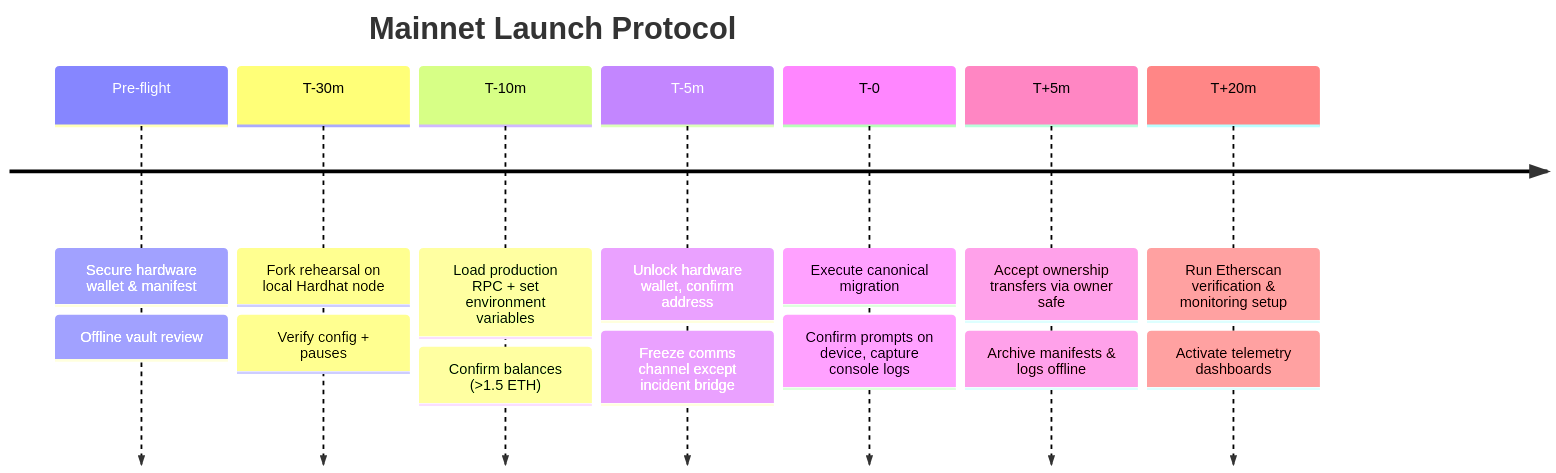
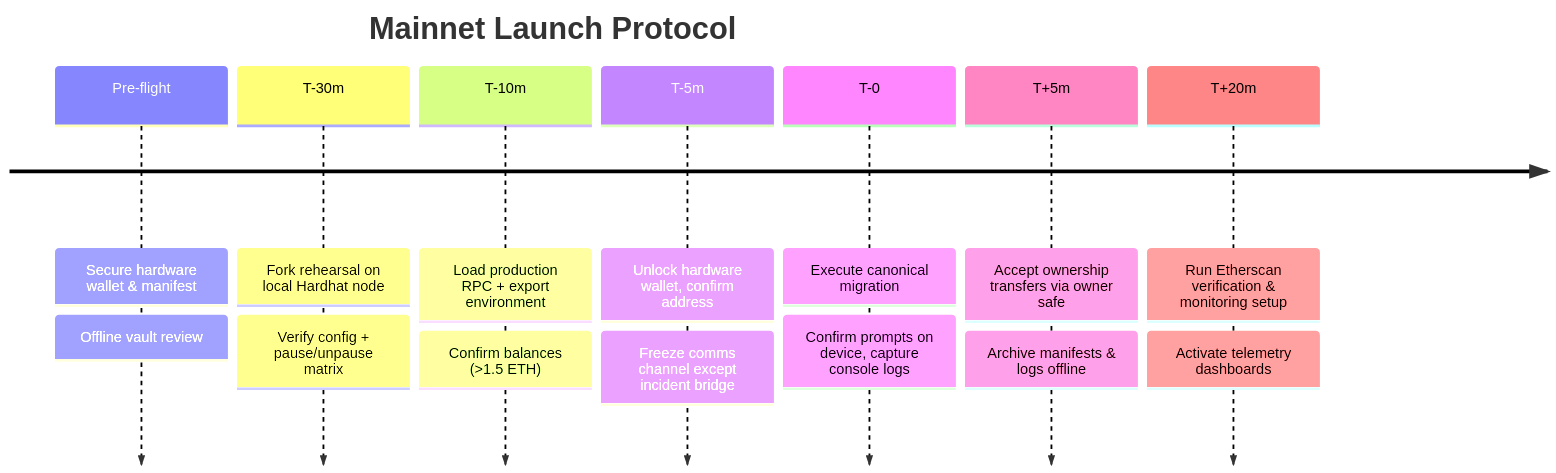
One commit to MontrealAI/agijobs-sovereign-labor-v0p1 changed the fourth of 5 diagrams in hardhat/README.md. Above: the diagram before and after it, drawn with Mermaid. The commit also changed other lines of this file, not shown here.

Commit message:
docs: refresh hardhat command deck

````diff
--- a/hardhat/README.md
+++ b/hardhat/README.md
@@ -234,11 +274,11 @@
 ```mermaid
 timeline
     title Mainnet Launch Protocol
     Pre-flight : Secure hardware wallet & manifest : Offline vault review
-    T-30m : Fork rehearsal on local Hardhat node : Verify config + pauses
-    T-10m : Load production RPC + set environment variables : Confirm balances (>1.5 ETH)
+    T-30m : Fork rehearsal on local Hardhat node : Verify config + pause/unpause matrix
+    T-10m : Load production RPC + export environment : Confirm balances (>1.5 ETH)
     T-5m : Unlock hardware wallet, confirm address : Freeze comms channel except incident bridge
     T-0 : Execute canonical migration : Confirm prompts on device, capture console logs
     T+5m : Accept ownership transfers via owner safe : Archive manifests & logs offline
     T+20m : Run Etherscan verification & monitoring setup : Activate telemetry dashboards
 ```
````
